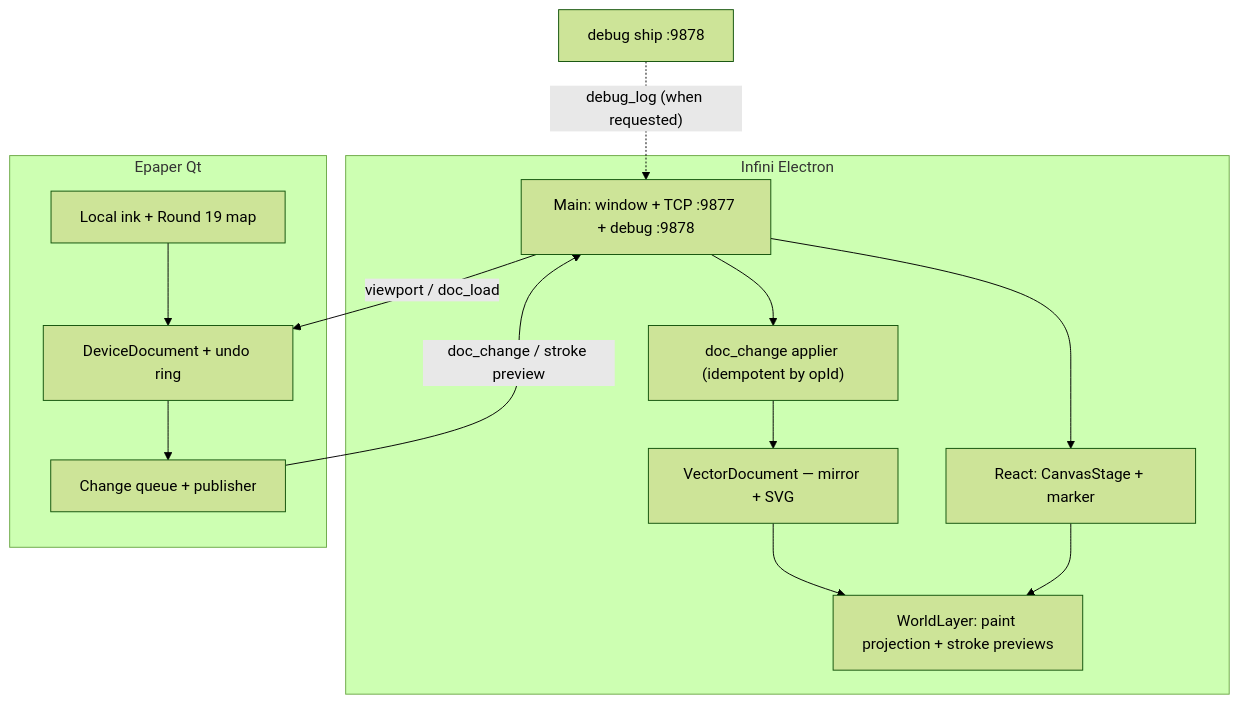
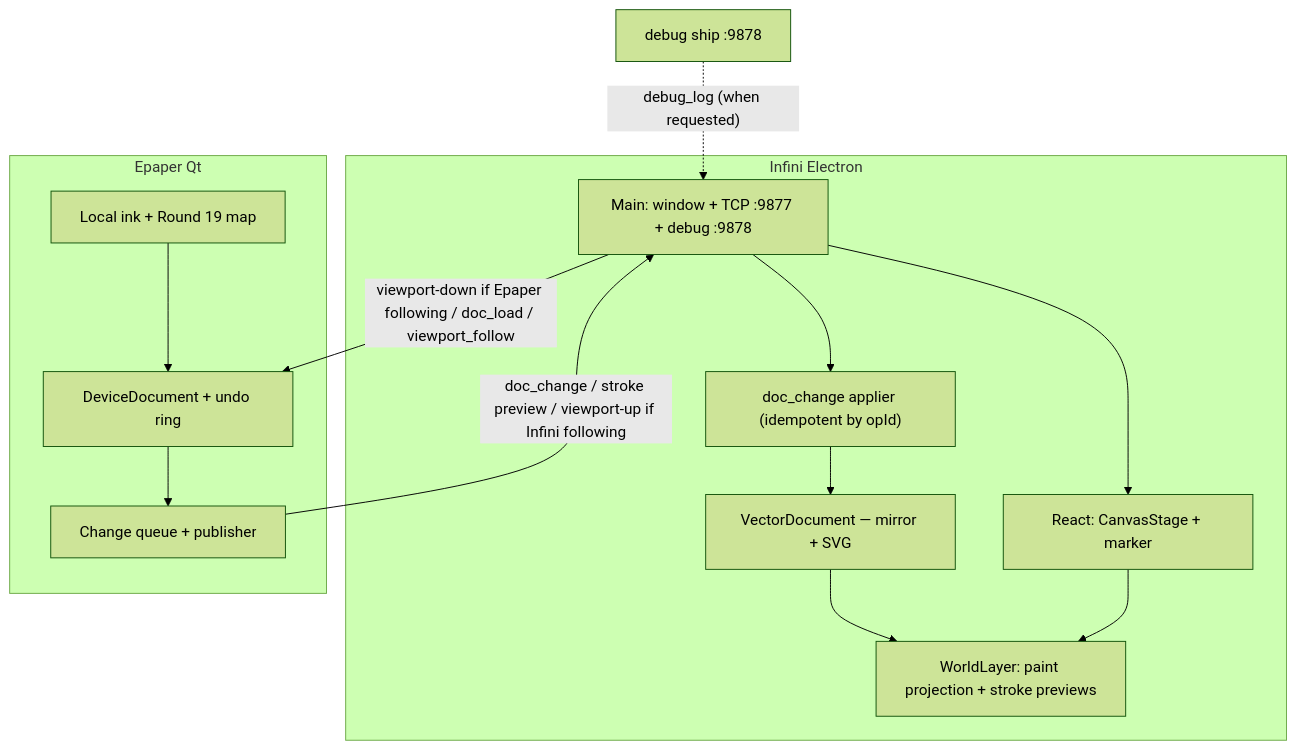
Before and after one commit to hoaidv/reawa: the second of 2 diagrams in .docs/modules/infini/architecture.md, drawn with Mermaid (forest theme). The commit also changed other lines of this file and 193 other files, not shown here.

````diff
--- a/.docs/modules/infini/architecture.md
+++ b/.docs/modules/infini/architecture.md
@@ -82,25 +83,25 @@
 ```mermaid
 flowchart TB
   subgraph desktop["Infini Electron"]
     main["Main: window + TCP :9877 + debug :9878"]
     ui["React: CanvasStage + marker"]
     applier["doc_change applier (idempotent by opId)"]
     tree["VectorDocument — mirror + SVG"]
     world["WorldLayer: paint projection + stroke previews"]
     main --> ui
     main --> applier
     applier --> tree
     tree --> world
     ui --> world
   end
   subgraph device["Epaper Qt"]
     ink["Local ink + Round 19 map"]
     doc["DeviceDocument + undo ring"]
     pub["Change queue + publisher"]
     ink --> doc
     doc --> pub
   end
-  pub -->|"doc_change / stroke preview"| main
-  main -->|"viewport / doc_load"| doc
+  pub -->|"doc_change / stroke preview / viewport-up if Infini following"| main
+  main -->|"viewport-down if Epaper following / doc_load / viewport_follow"| doc
   logs["debug ship :9878"] -.->|"debug_log (when requested)"| main
 ```
````
